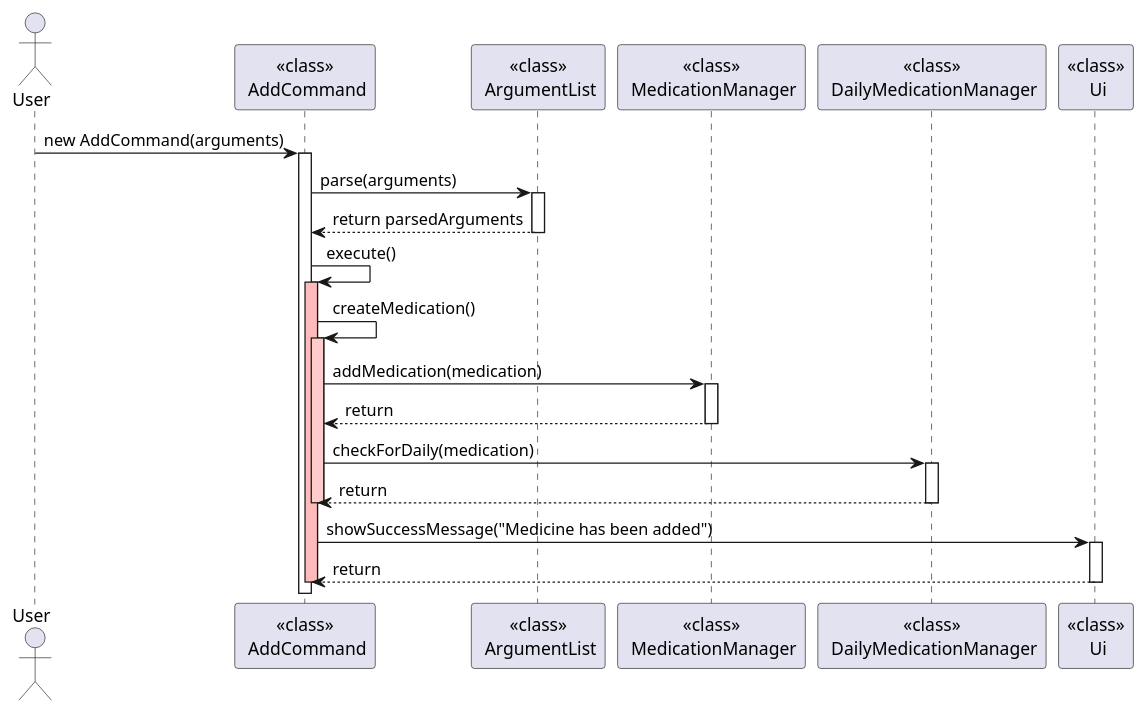
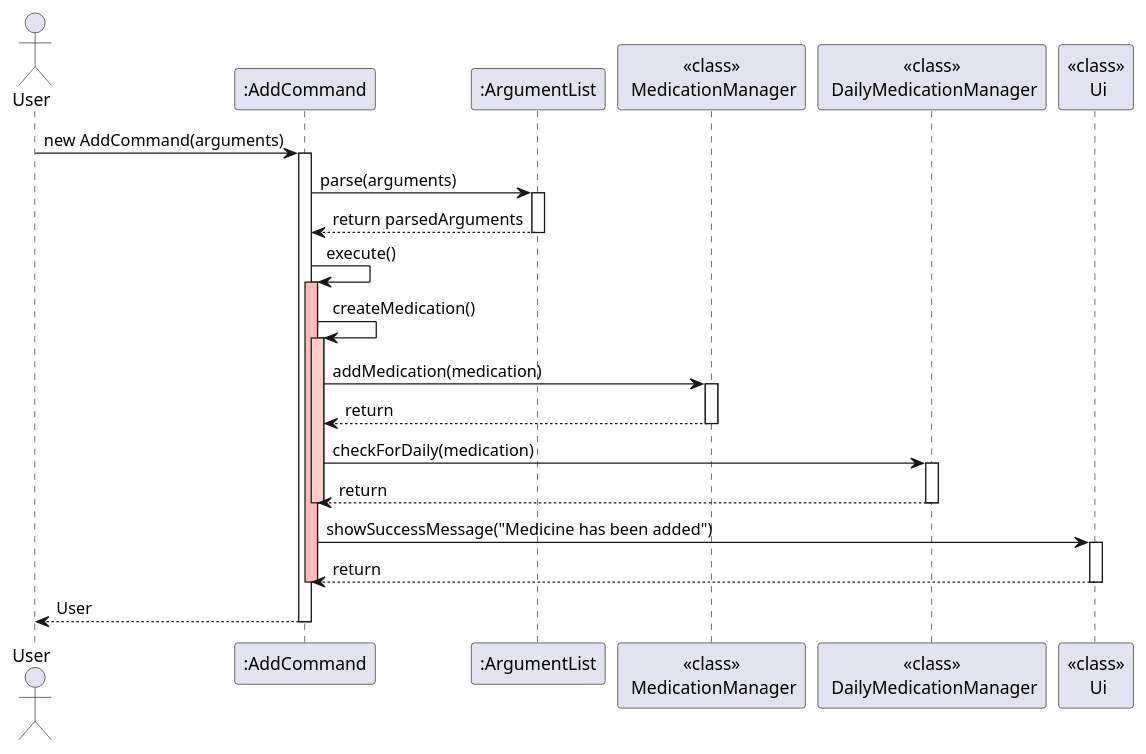
The diagram in docs/diagrams/AddCommand.puml (e0958902/tp), drawn with PlantUML before and after one commit. The commit also changed 3 other files, not shown here.

```diff
--- a/docs/diagrams/AddCommand.puml
+++ b/docs/diagrams/AddCommand.puml
@@ -1,37 +1,38 @@
 @startuml
 actor User
-participant "<<class>>\n AddCommand" as AddCommand
-participant "<<class>>\n ArgumentList" as ArgumentList
+participant ":AddCommand" as AddCommand
+participant ":ArgumentList" as ArgumentList
 participant "<<class>>\n MedicationManager" as MedicationManager
 participant "<<class>>\n DailyMedicationManager" as DailyMedicationManager
 participant "<<class>>\n Ui" as Ui
 
 User -> AddCommand: new AddCommand(arguments)
 activate AddCommand
 AddCommand -> ArgumentList: parse(arguments)
 activate ArgumentList
 ArgumentList --> AddCommand: return parsedArguments
 deactivate ArgumentList
 
 AddCommand -> AddCommand: execute()
 activate AddCommand #FFBBBB
 
 AddCommand -> AddCommand: createMedication()
 activate AddCommand #FFCCCC
 AddCommand -> MedicationManager: addMedication(medication)
 activate MedicationManager
 MedicationManager --> AddCommand: return
 deactivate MedicationManager
 
 AddCommand -> DailyMedicationManager: checkForDaily(medication)
 activate DailyMedicationManager
 DailyMedicationManager --> AddCommand: return
 deactivate DailyMedicationManager
 deactivate AddCommand
 
 AddCommand -> Ui: showSuccessMessage("Medicine has been added")
 activate Ui
 Ui --> AddCommand: return
 deactivate Ui
 deactivate AddCommand
+return User
 @enduml
```
